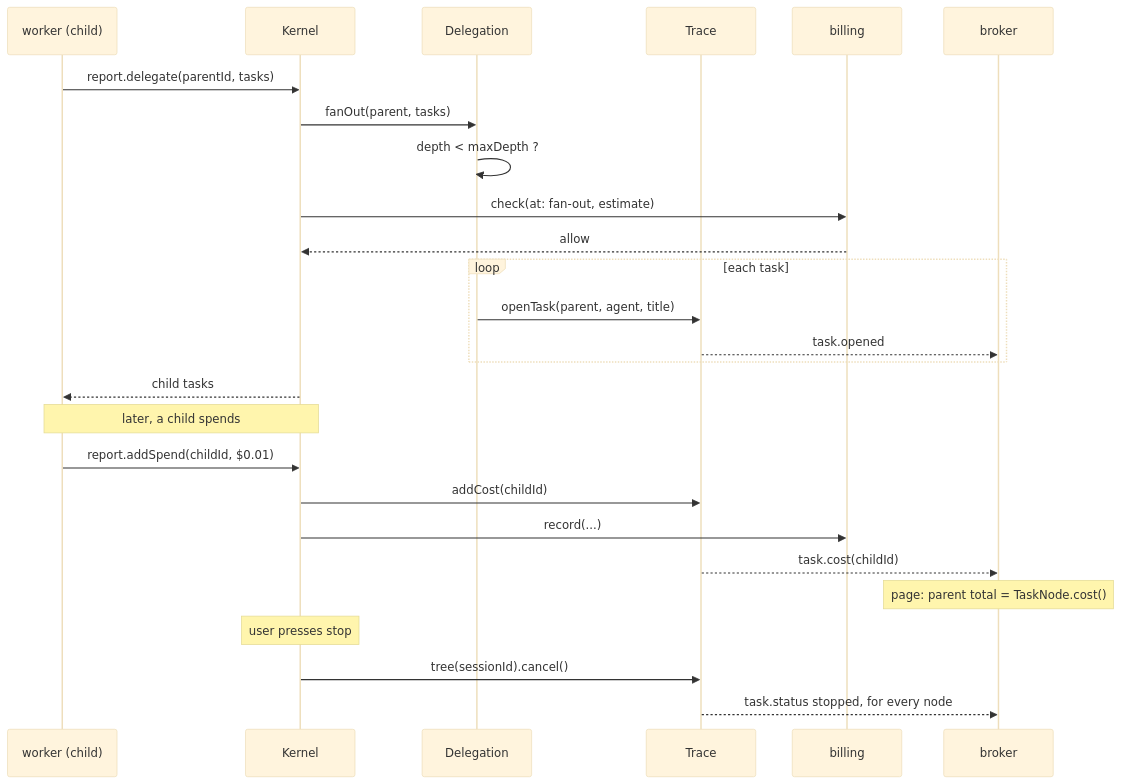
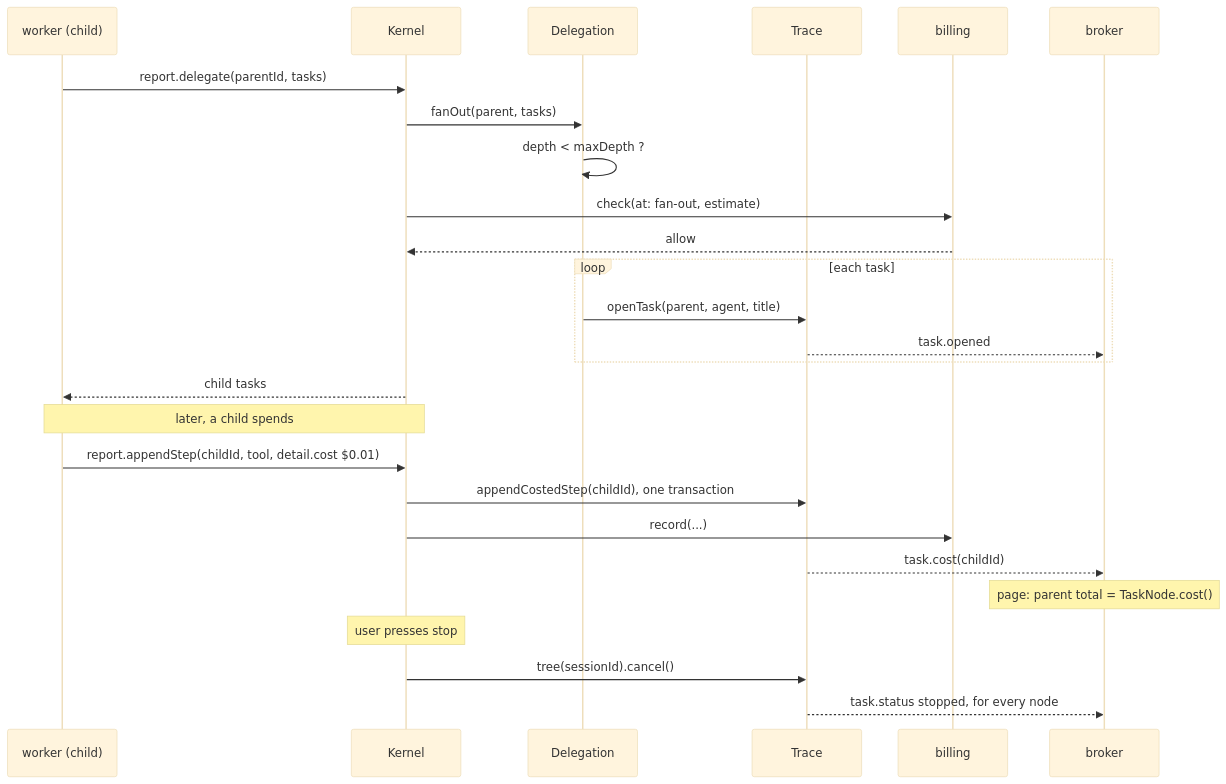
Before and after one commit to ziyangliu-666/lumen-next: diagram 13 of 15 in docs/ARCHITECTURE.md, drawn with Mermaid (base theme). The commit also changed other lines of this file and 22 other files, not shown here.

First line of the commit message:
fix(session): a step and its charge are one write, and the page is tested

````diff
--- a/docs/ARCHITECTURE.md
+++ b/docs/ARCHITECTURE.md
@@ -698,29 +706,29 @@
 ```mermaid
 sequenceDiagram
   participant W as worker (child)
   participant K as Kernel
   participant D as Delegation
   participant T as Trace
   participant M as billing
   participant B as broker
 
   W->>K: report.delegate(parentId, tasks)
   K->>D: fanOut(parent, tasks)
   D->>D: depth < maxDepth ?
   K->>M: check(at: fan-out, estimate)
   M-->>K: allow
   loop each task
     D->>T: openTask(parent, agent, title)
     T-->>B: task.opened
   end
   K-->>W: child tasks
   Note over W,K: later, a child spends
-  W->>K: report.addSpend(childId, $0.01)
-  K->>T: addCost(childId)
+  W->>K: report.appendStep(childId, tool, detail.cost $0.01)
+  K->>T: appendCostedStep(childId), one transaction
   K->>M: record(...)
   T-->>B: task.cost(childId)
   Note over B: page: parent total = TaskNode.cost()
   Note over K: user presses stop
   K->>T: tree(sessionId).cancel()
   T-->>B: task.status stopped, for every node
 ```
````
